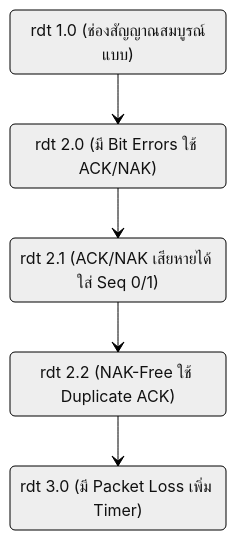
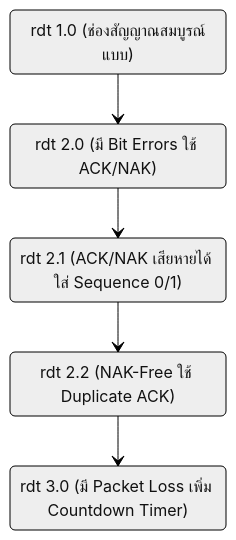
The third of 11 diagrams in Wiki/Chapter 3 - Transport Layer.md (kanomoo/computer-network-and-Internet), drawn with Mermaid (neutral theme) before and after one commit. The commit also changed other lines of this file and 9 other files, not shown here.

````diff
--- a/Wiki/Chapter 3 - Transport Layer.md
+++ b/Wiki/Chapter 3 - Transport Layer.md
@@ -111,13 +126,13 @@
 ```mermaid
 stateDiagram-v2
     rdt1_0: rdt 1.0 (ช่องสัญญาณสมบูรณ์แบบ)
     rdt2_0: rdt 2.0 (มี Bit Errors ใช้ ACK/NAK)
-    rdt2_1: rdt 2.1 (ACK/NAK เสียหายได้ ใส่ Seq 0/1)
+    rdt2_1: rdt 2.1 (ACK/NAK เสียหายได้ ใส่ Sequence 0/1)
     rdt2_2: rdt 2.2 (NAK-Free ใช้ Duplicate ACK)
-    rdt3_0: rdt 3.0 (มี Packet Loss เพิ่ม Timer)
+    rdt3_0: rdt 3.0 (มี Packet Loss เพิ่ม Countdown Timer)
 
     rdt1_0 --> rdt2_0
     rdt2_0 --> rdt2_1
     rdt2_1 --> rdt2_2
     rdt2_2 --> rdt3_0
 ```
````
